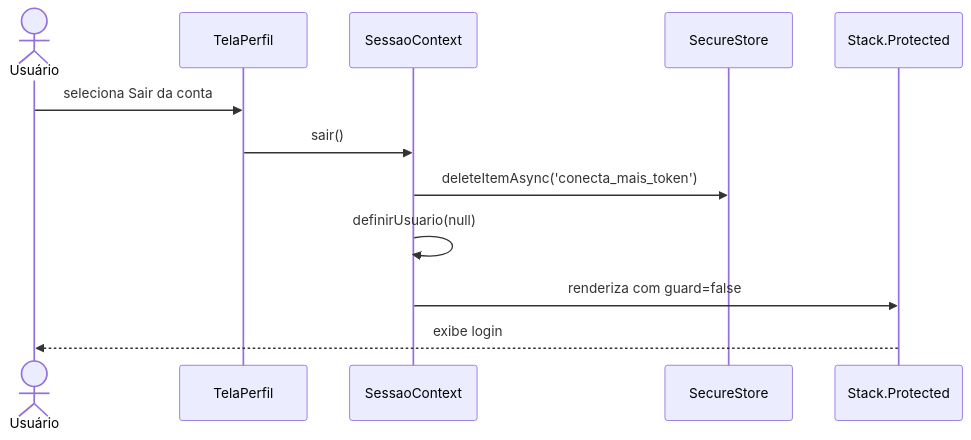
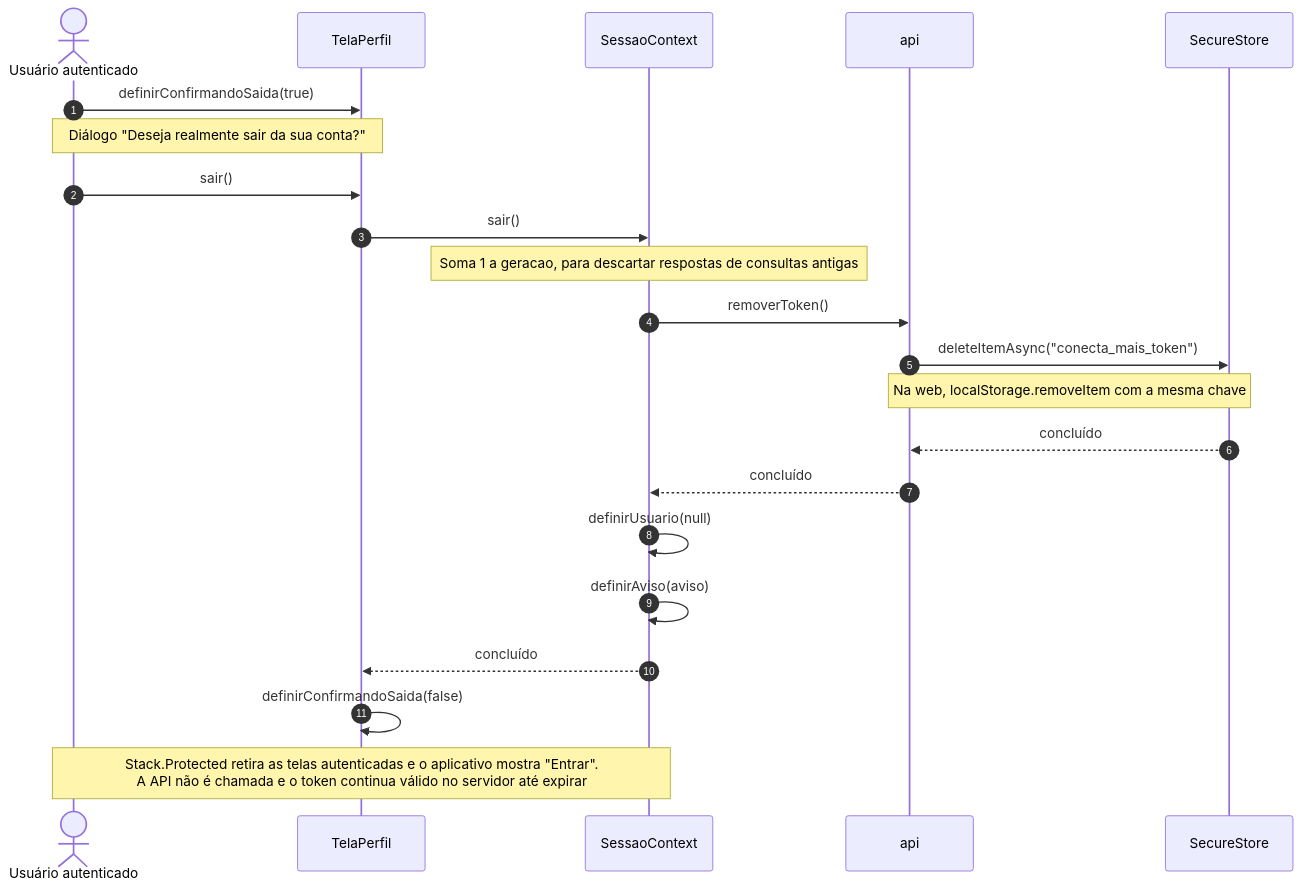
Before and after one commit to Conecta-IFSP/DOCUMENTATION: the seventh of 7 diagrams in 2 - Incremento1/configuracoes-usuario/6 - diagramas-sequencia-configuracoes-usuario.md, drawn with Mermaid. The commit also changed other lines of this file and 54 other files, not shown here.

````diff
--- a/2 - Incremento1/configuracoes-usuario/6 - diagramas-sequencia-configuracoes-usuario.md
+++ b/2 - Incremento1/configuracoes-usuario/6 - diagramas-sequencia-configuracoes-usuario.md
@@ -184,14 +334,24 @@
 ```mermaid
 sequenceDiagram
-    actor U as Usuário
+    autonumber
+    actor U as Usuário autenticado
     participant T as TelaPerfil
-    participant S as SessaoContext
+    participant SC as SessaoContext
+    participant A as api
     participant SS as SecureStore
-    participant R as Stack.Protected
-    U->>T: seleciona Sair da conta
-    T->>S: sair()
-    S->>SS: deleteItemAsync('conecta_mais_token')
-    S->>S: definirUsuario(null)
-    S->>R: renderiza com guard=false
-    R-->>U: exibe login
+    U->>T: definirConfirmandoSaida(true)
+    Note over U,T: Diálogo "Deseja realmente sair da sua conta?"
+    U->>T: sair()
+    T->>SC: sair()
+    Note over SC: Soma 1 a geracao, para descartar respostas de consultas antigas
+    SC->>A: removerToken()
+    A->>SS: deleteItemAsync("conecta_mais_token")
+    Note over A,SS: Na web, localStorage.removeItem com a mesma chave
+    SS-->>A: concluído
+    A-->>SC: concluído
+    SC->>SC: definirUsuario(null)
+    SC->>SC: definirAviso(aviso)
+    SC-->>T: concluído
+    T->>T: definirConfirmandoSaida(false)
+    Note over U,SC: Stack.Protected retira as telas autenticadas e o aplicativo mostra "Entrar".<br/>A API não é chamada e o token continua válido no servidor até expirar
 ```
````
